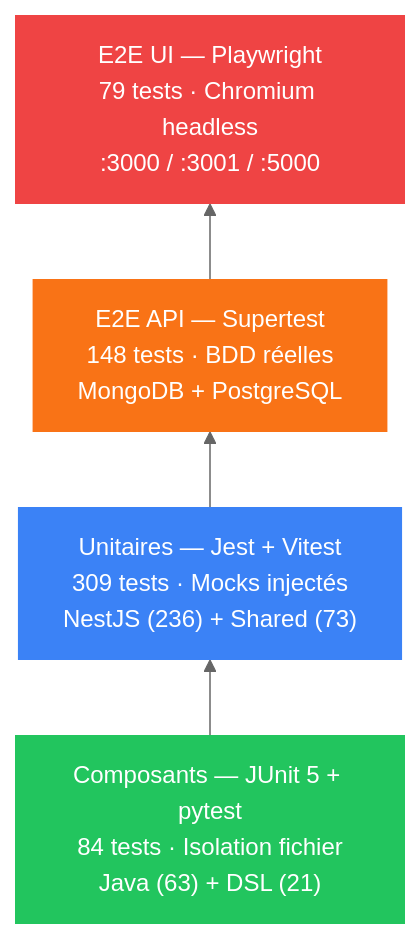
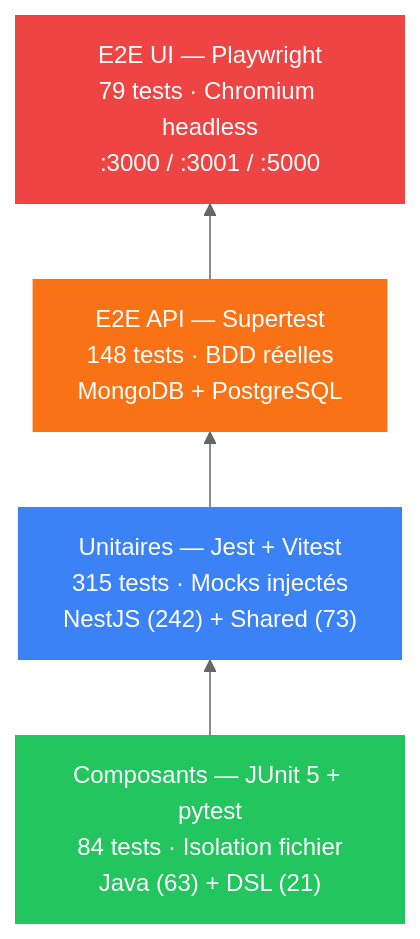
The first of 2 diagrams in docs/TEST.md (creibaud/QuartierConnect), drawn with Mermaid (neutral theme) before and after one commit. The commit also changed other lines of this file and 28 other files, not shown here.

````diff
--- a/docs/TEST.md
+++ b/docs/TEST.md
@@ -36,19 +36,19 @@
 ```mermaid
 flowchart BT
     classDef e2eui fill:#ef4444,color:#fff,stroke:none
     classDef e2eapi fill:#f97316,color:#fff,stroke:none
     classDef unit fill:#3b82f6,color:#fff,stroke:none
     classDef comp fill:#22c55e,color:#fff,stroke:none
 
     E2EUI["E2E UI — Playwright<br/>79 tests · Chromium headless<br/>:3000 / :3001 / :5000"]
     E2EAPI["E2E API — Supertest<br/>148 tests · BDD réelles<br/>MongoDB + PostgreSQL"]
-    UNIT["Unitaires — Jest + Vitest<br/>309 tests · Mocks injectés<br/>NestJS (236) + Shared (73)"]
+    UNIT["Unitaires — Jest + Vitest<br/>315 tests · Mocks injectés<br/>NestJS (242) + Shared (73)"]
     COMP["Composants — JUnit 5 + pytest<br/>84 tests · Isolation fichier<br/>Java (63) + DSL (21)"]
 
     COMP --> UNIT --> E2EAPI --> E2EUI
 
     class E2EUI e2eui
     class E2EAPI e2eapi
     class UNIT unit
     class COMP comp
 ```
````
